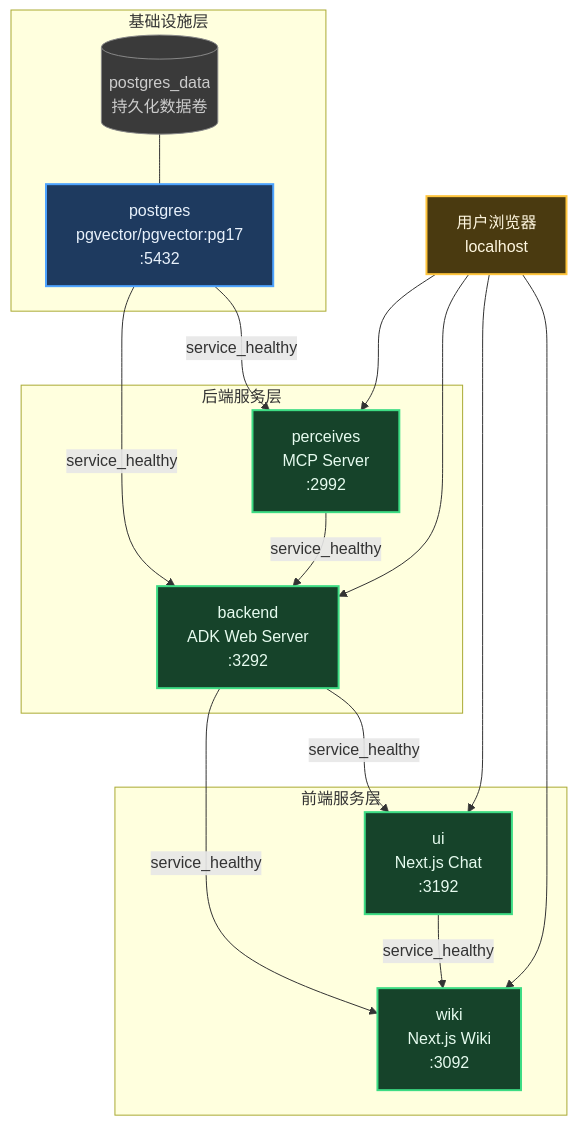
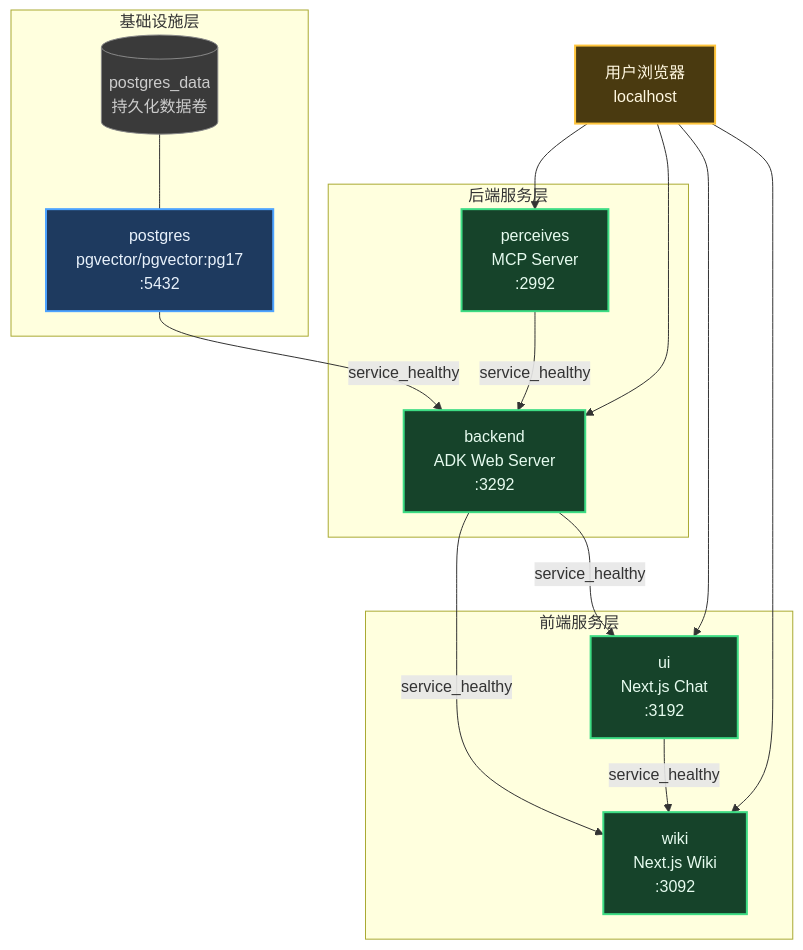
Before and after one commit to ThreeFish-AI/negentropy: the first of 2 diagrams in docs/concepts/docker-operations.md, drawn with Mermaid. The commit also changed other lines of this file, not shown here.

````diff
--- a/docs/concepts/docker-operations.md
+++ b/docs/concepts/docker-operations.md
@@ -28,37 +28,36 @@
 ```mermaid
 flowchart TB
     subgraph Infra["基础设施层"]
         PG["postgres<br/>pgvector/pgvector:pg17<br/>:5432"]:::infra
         VOL[("postgres_data<br/>持久化数据卷")]:::volume
     end
 
     subgraph Backend["后端服务层"]
         PER["perceives<br/>MCP Server<br/>:2992"]:::service
         BE["backend<br/>ADK Web Server<br/>:3292"]:::service
     end
 
     subgraph Frontend["前端服务层"]
         UI["ui<br/>Next.js Chat<br/>:3192"]:::service
         WIKI["wiki<br/>Next.js Wiki<br/>:3092"]:::service
     end
 
     CLIENT["用户浏览器<br/>localhost"]:::client
 
     VOL --- PG
-    PG -- "service_healthy" --> PER
     PG -- "service_healthy" --> BE
     PER -- "service_healthy" --> BE
     BE -- "service_healthy" --> UI
     BE -- "service_healthy" --> WIKI
     UI -- "service_healthy" --> WIKI
 
     CLIENT --> UI
     CLIENT --> WIKI
     CLIENT --> BE
     CLIENT --> PER
 
     classDef infra fill:#1e3a5f,stroke:#4da3ff,stroke-width:2px,color:#e8f1fb
     classDef volume fill:#3a3a3a,stroke:#888,stroke-width:1px,color:#ccc
     classDef service fill:#16432a,stroke:#3ddc84,stroke-width:2px,color:#e6fbef
     classDef client fill:#4a3a10,stroke:#ffc53d,stroke-width:2px,color:#fff7e0
 ```
````
